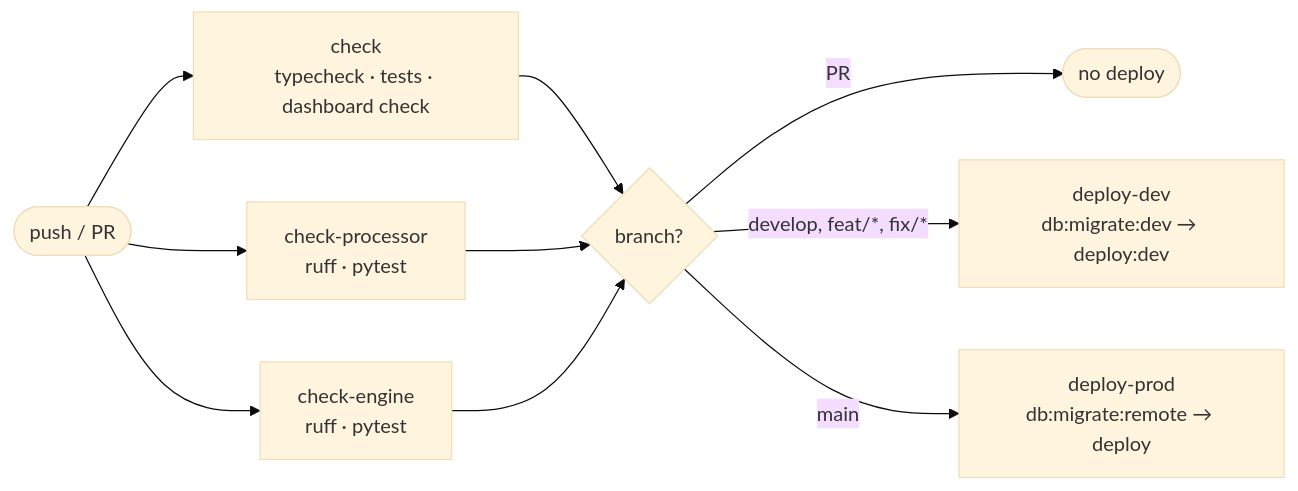
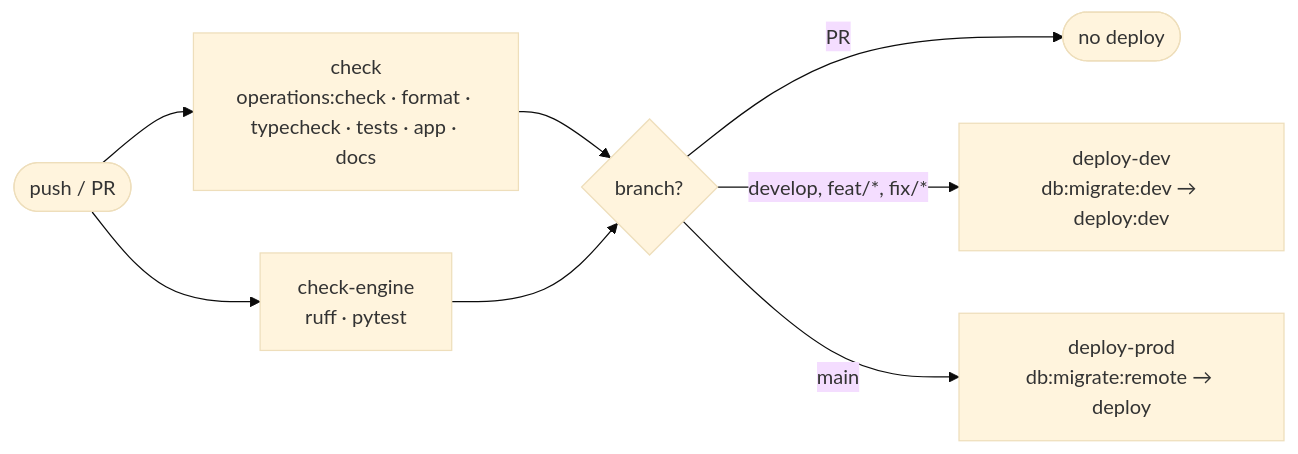
The first of 2 diagrams in docs/src/content/docs/operations/deploying.md (maxime-filippini/data-service), drawn with Mermaid (base theme) before and after one commit. The commit also changed other lines of this file and 165 other files, not shown here.

````diff
--- a/docs/src/content/docs/operations/deploying.md
+++ b/docs/src/content/docs/operations/deploying.md
@@ -9,10 +10,9 @@
 ```mermaid
 flowchart LR
-  push([push / PR]) --> check["check<br/>typecheck · tests · dashboard check"]
-  push --> cp["check-processor<br/>ruff · pytest"]
+  push([push / PR]) --> check["check<br/>operations:check · format · typecheck · tests · app · docs"]
   push --> ce["check-engine<br/>ruff · pytest"]
-  check & cp & ce --> branch{branch?}
+  check & ce --> branch{branch?}
   branch -- PR --> stop([no deploy])
   branch -- "develop, feat/*, fix/*" --> dev["deploy-dev<br/>db:migrate:dev → deploy:dev"]
   branch -- main --> prod["deploy-prod<br/>db:migrate:remote → deploy"]
 ```
````
